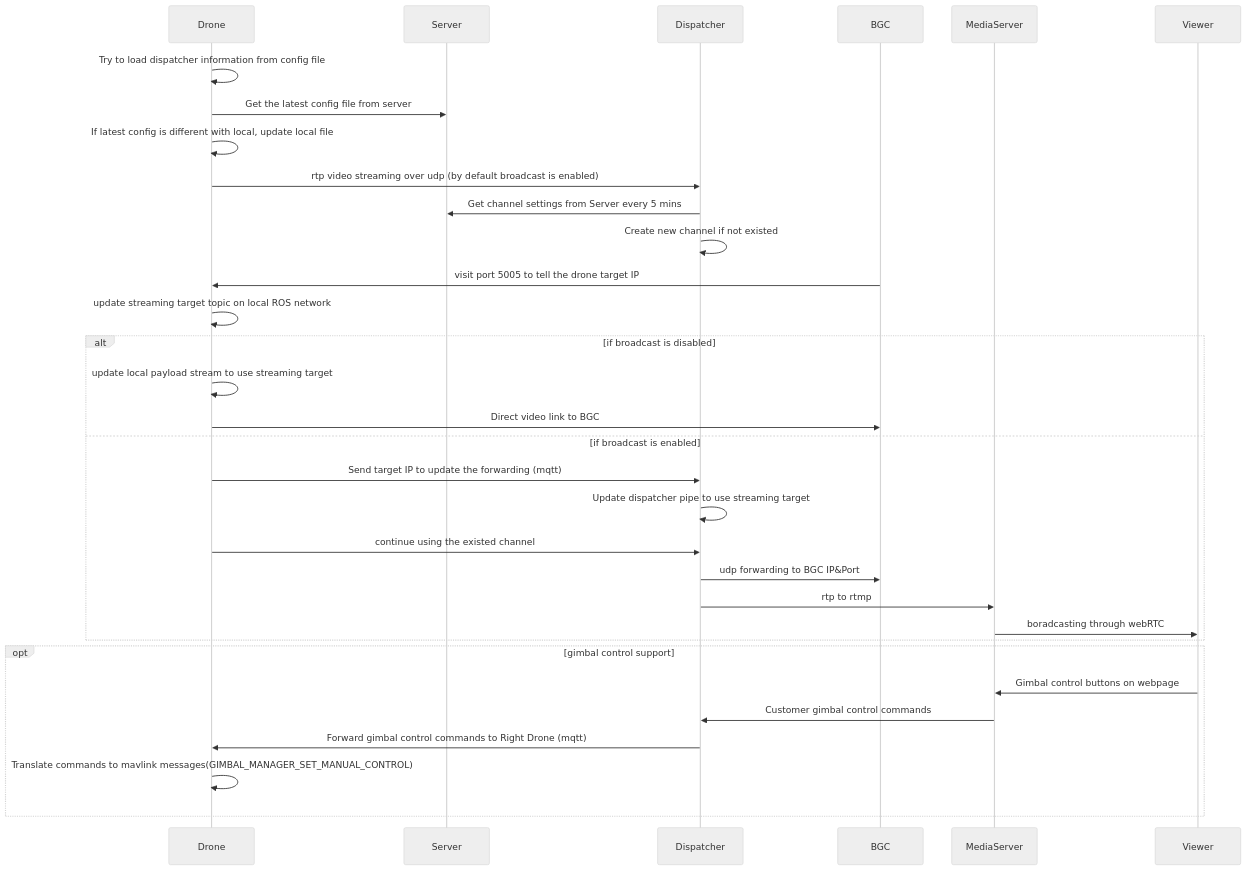
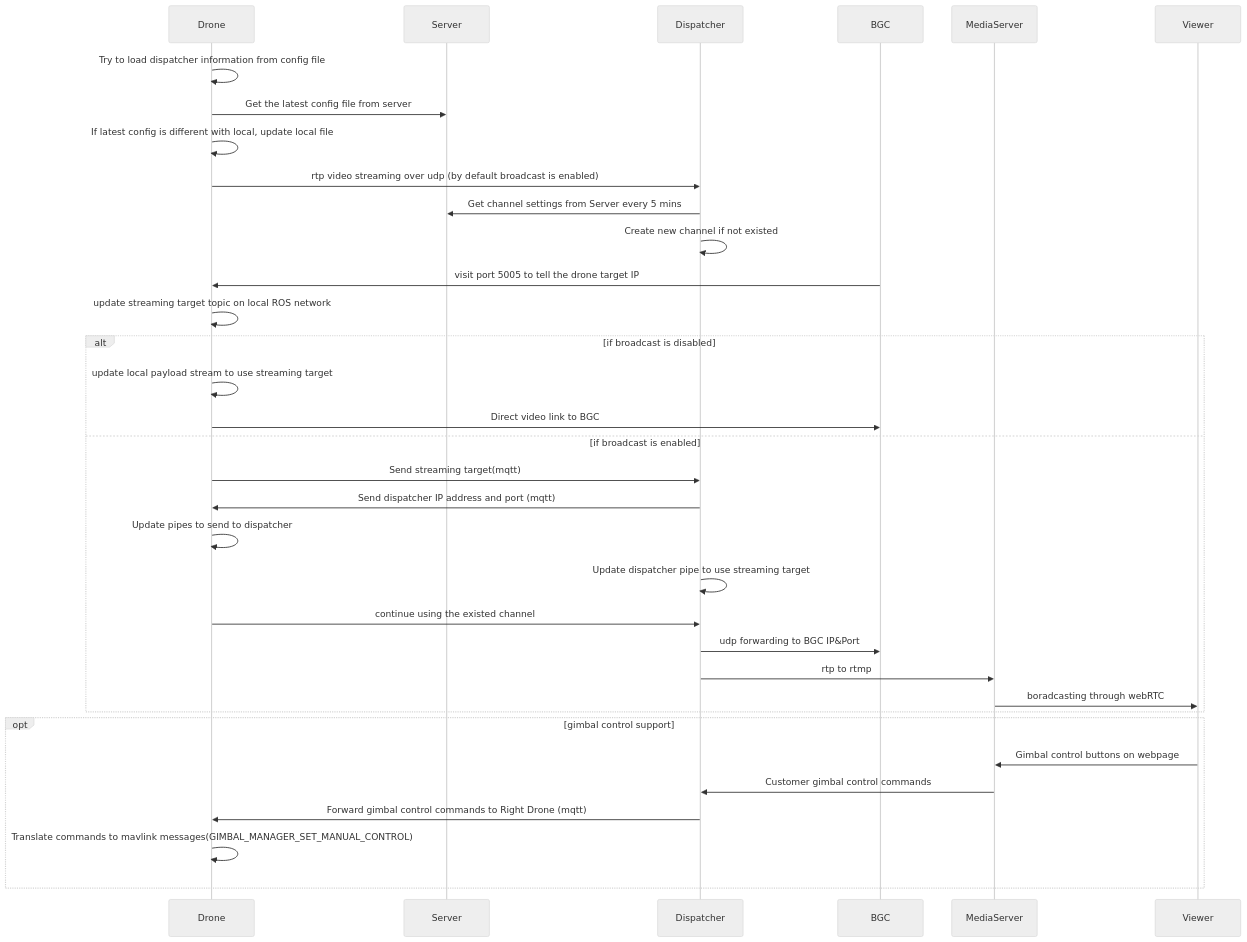
The diagram in source/features/media_dispatcher.mmd (coccobas/DocuConversionNotion), drawn with Mermaid (neutral theme) before and after one commit. The commit also changed 1 other file, not shown here.

Commit message:
updated media dispatcher sequence

```diff
--- a/source/features/media_dispatcher.mmd
+++ b/source/features/media_dispatcher.mmd
@@ -1,31 +1,33 @@
 sequenceDiagram
 
     Drone->>Drone: Try to load dispatcher information from config file
     Drone->>Server: Get the latest config file from server
     Drone->>Drone: If latest config is different with local, update local file
     Drone->>Dispatcher: rtp video streaming over udp (by default broadcast is enabled)
 
     Dispatcher->>Server: Get channel settings from Server every 5 mins
     Dispatcher->>Dispatcher: Create new channel if not existed
 
     BGC->>Drone: visit port 5005 to tell the drone target IP
     Drone->>Drone: update streaming target topic on local ROS network
 
     alt if broadcast is disabled
         Drone->>Drone: update local payload stream to use streaming target
         Drone->>BGC: Direct video link to BGC
     else if broadcast is enabled
-        Drone->>Dispatcher: Send target IP to update the forwarding (mqtt)
+        Drone->>Dispatcher: Send streaming target(mqtt)
+        Dispatcher->>Drone: Send dispatcher IP address and port (mqtt)
+        Drone->>Drone: Update pipes to send to dispatcher
         Dispatcher->>Dispatcher: Update dispatcher pipe to use streaming target
         Drone->>Dispatcher: continue using the existed channel
         Dispatcher->>BGC: udp forwarding to BGC IP&Port
         Dispatcher->>MediaServer: rtp to rtmp
         MediaServer->>Viewer: boradcasting through webRTC
     end
 
     opt gimbal control support
         Viewer->>MediaServer: Gimbal control buttons on webpage
         MediaServer->>Dispatcher: Customer gimbal control commands
         Dispatcher->>Drone: Forward gimbal control commands to Right Drone (mqtt)
         Drone->>Drone: Translate commands to mavlink messages(GIMBAL_MANAGER_SET_MANUAL_CONTROL)
     end
```
